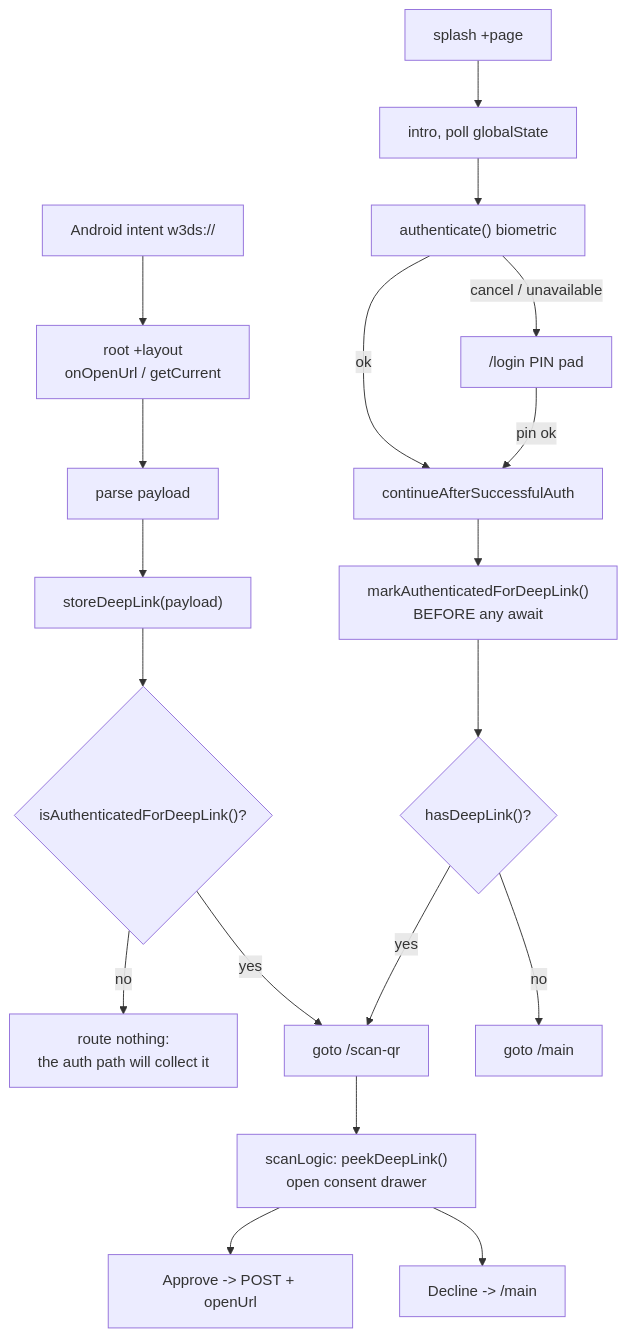
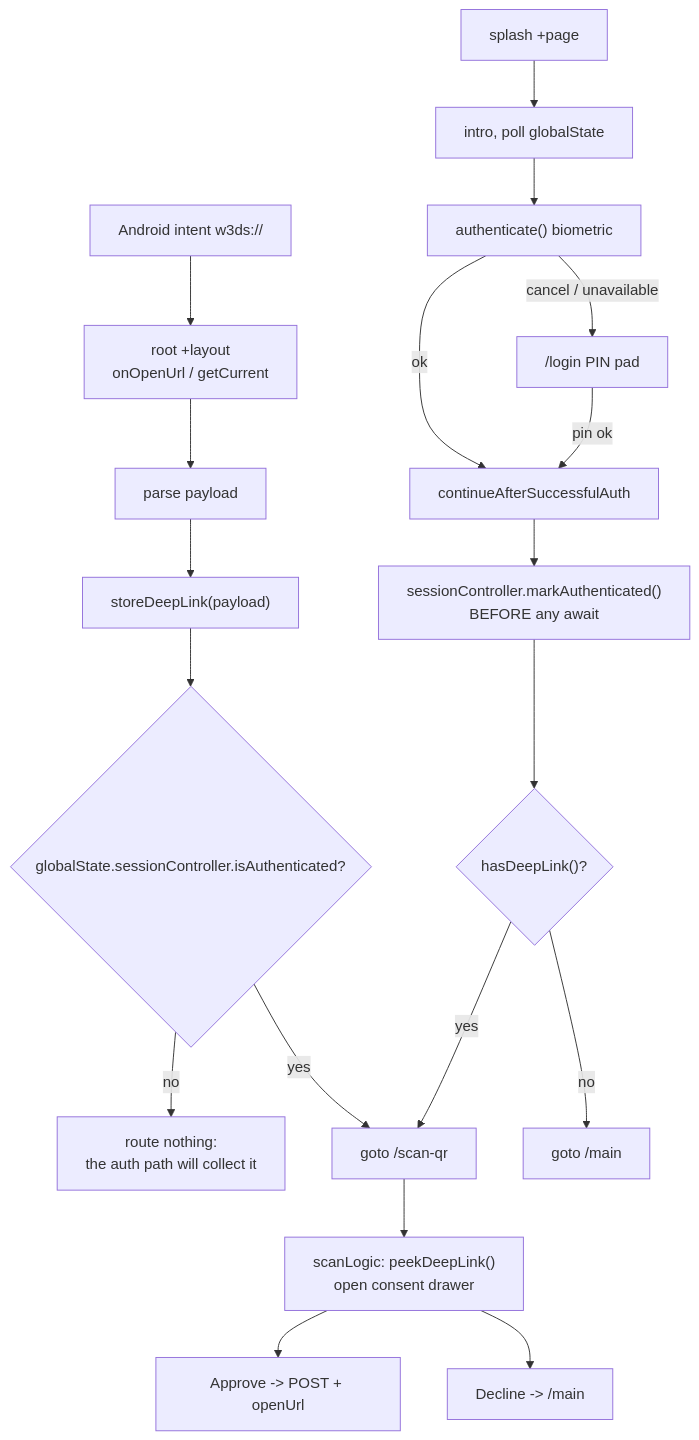
The diagram in infrastructure/eid-wallet/docs/architecture/deepLink.md (MetaState-Prototype-Project/prototype), drawn with Mermaid before and after one commit. The commit also changed other lines of this file and 7 other files, not shown here.

First line of the commit message:
refactor(eid-wallet): move session auth onto a SessionController

````diff
--- a/infrastructure/eid-wallet/docs/architecture/deepLink.md
+++ b/infrastructure/eid-wallet/docs/architecture/deepLink.md
@@ -38,24 +38,24 @@
 ```mermaid
 flowchart TD
     A["Android intent w3ds://"] --> B["root +layout<br/>onOpenUrl / getCurrent"]
     B --> C["parse payload"]
     C --> D["storeDeepLink(payload)"]
-    D --> E{"isAuthenticatedForDeepLink()?"}
+    D --> E{"globalState.sessionController.isAuthenticated?"}
     E -- "no" --> F["route nothing:<br/>the auth path will collect it"]
     E -- "yes" --> G["goto /scan-qr"]
 
     S["splash +page"] --> S1["intro, poll globalState"]
     S1 --> S2["authenticate() biometric"]
     S2 -- "ok" --> P["continueAfterSuccessfulAuth"]
     S2 -- "cancel / unavailable" --> L["/login PIN pad"]
     L -- "pin ok" --> P
 
-    P --> P1["markAuthenticatedForDeepLink()<br/>BEFORE any await"]
+    P --> P1["sessionController.markAuthenticated()<br/>BEFORE any await"]
     P1 --> P2{"hasDeepLink()?"}
     P2 -- "yes" --> G
     P2 -- "no" --> M["goto /main"]
 
     G --> R["scanLogic: peekDeepLink()<br/>open consent drawer"]
     R --> R1["Approve -> POST + openUrl"]
     R --> R2["Decline -> /main"]
 ```
````
